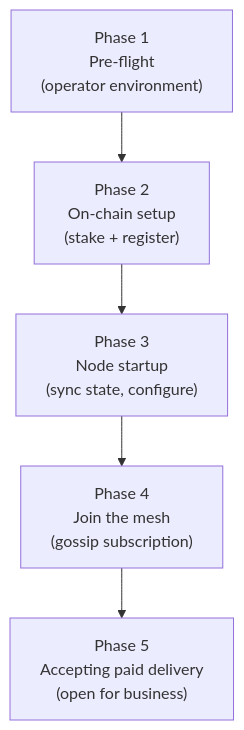
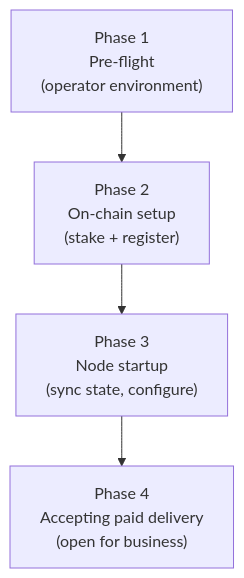
The diagram in adr/019-node-onboarding.md (decdn/decdn), drawn with Mermaid before and after one commit. The commit also changed other lines of this file and 81 other files, not shown here.

````diff
--- a/adr/019-node-onboarding.md
+++ b/adr/019-node-onboarding.md
@@ -16,10 +16,9 @@
 ```mermaid
 flowchart TD
     P1["Phase 1\nPre-flight\n(operator environment)"]
     P2["Phase 2\nOn-chain setup\n(stake + register)"]
     P3["Phase 3\nNode startup\n(sync state, configure)"]
-    P4["Phase 4\nJoin the mesh\n(gossip subscription)"]
-    P5["Phase 5\nAccepting paid delivery\n(open for business)"]
+    P4["Phase 4\nAccepting paid delivery\n(open for business)"]
 
-    P1 --> P2 --> P3 --> P4 --> P5
+    P1 --> P2 --> P3 --> P4
 ```
````
